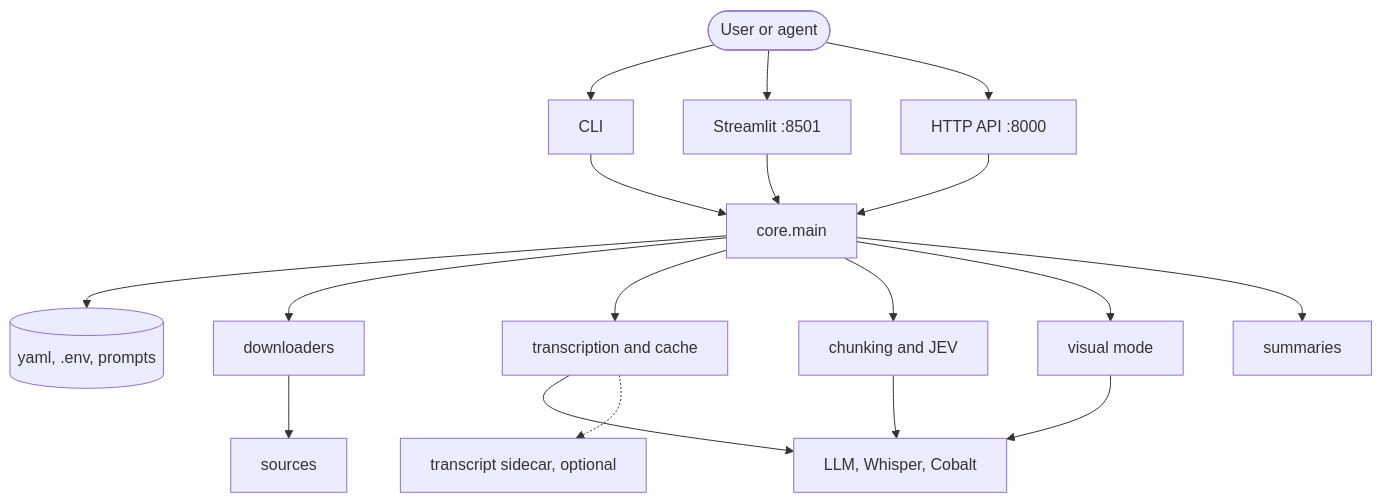
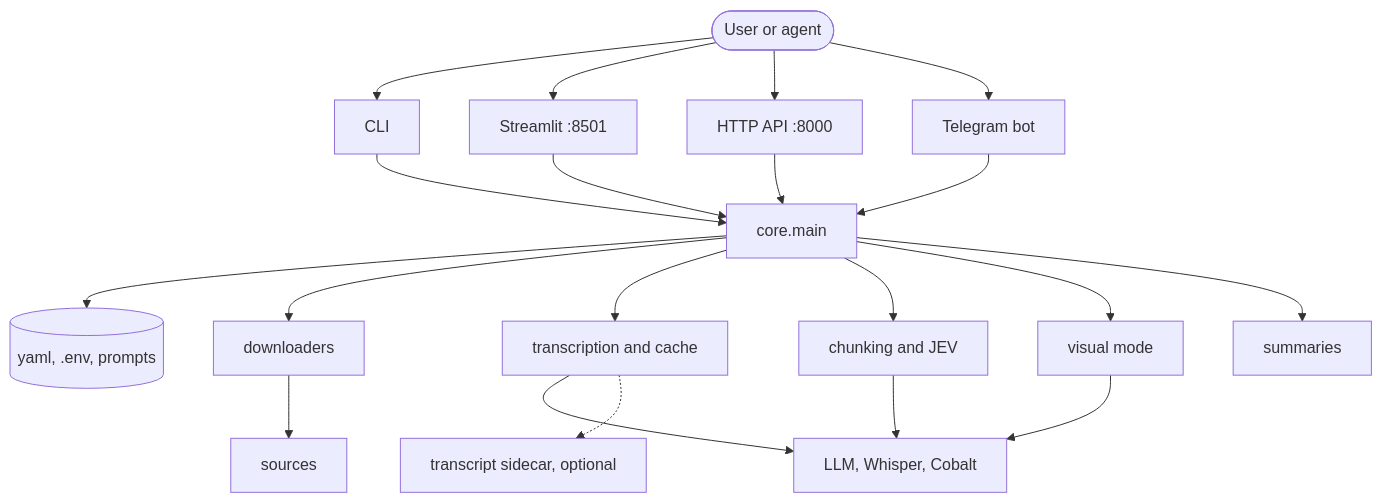
One commit to martinopiaggi/summarize changed the first of 3 diagrams in fern/docs/pages/how-it-works.mdx. Above: the diagram before and after it, drawn with Mermaid. The commit also changed other lines of this file and 5 other files, not shown here.

First line of the commit message:
Document the Telegram bot across the docs

````diff
--- a/fern/docs/pages/how-it-works.mdx
+++ b/fern/docs/pages/how-it-works.mdx
@@ -7,12 +7,12 @@
 ```mermaid
 flowchart TD
-  user([User or agent]) --> cli[CLI] & ui[Streamlit :8501] & api[HTTP API :8000]
-  cli & ui & api --> core[core.main]
+  user([User or agent]) --> cli[CLI] & ui[Streamlit :8501] & api[HTTP API :8000] & tg[Telegram bot]
+  cli & ui & api & tg --> core[core.main]
   core --> cfg[(yaml, .env, prompts)]
   core --> dl[downloaders] --> src[sources]
   core --> tr[transcription and cache] --> prov[LLM, Whisper, Cobalt]
   tr -.-> side[transcript sidecar, optional]
   core --> jev[chunking and JEV] --> prov
   core --> vis[visual mode] --> prov
   core --> out[summaries]
 ```
````
